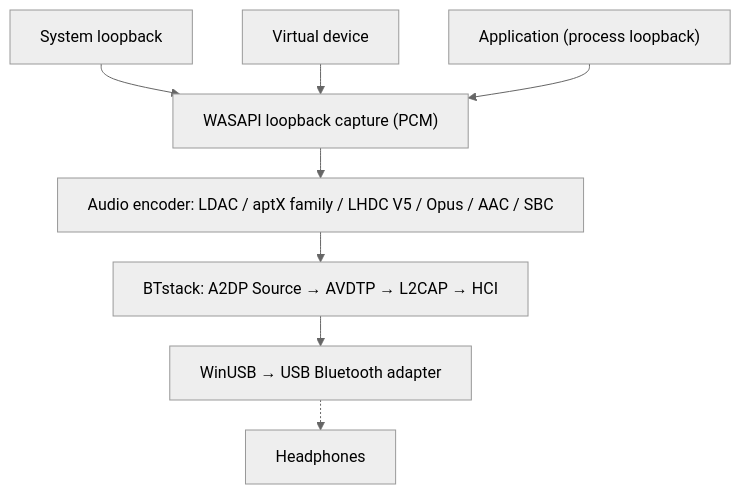
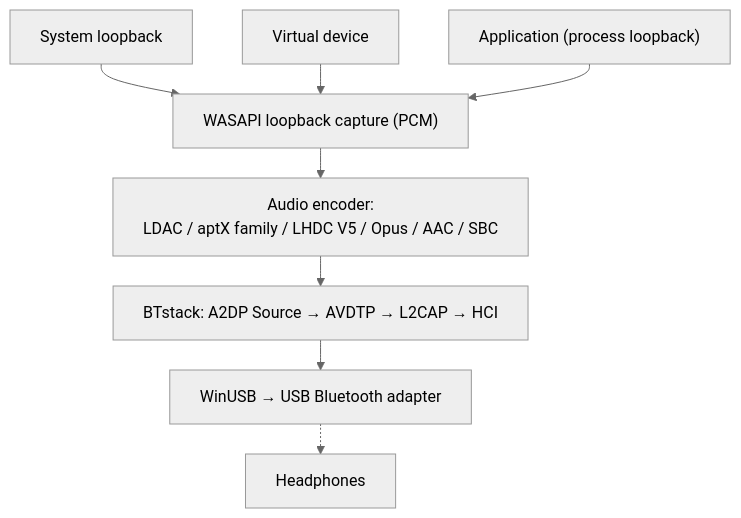
Before and after one commit to SeiyaFunaokaJP/BlueCaster: the diagram in docs/index.md, drawn with Mermaid (neutral theme). The commit also changed 15 other files, not shown here.

First line of the commit message:
Docs: shorter lines in the sequence diagrams, encoder label on Home

````diff
--- a/docs/index.md
+++ b/docs/index.md
@@ -122,17 +122,17 @@
 ```mermaid
 ---
 config:
   flowchart:
     wrappingWidth: 480
     rankSpacing: 30
 ---
 flowchart TD
     s1["System loopback"]
     s2["Virtual device"]
     s3["Application (process loopback)"]
     s1 & s2 & s3 --> cap["WASAPI loopback capture (PCM)"]
-    cap --> enc["Audio encoder: LDAC / aptX family / LHDC V5 / Opus / AAC / SBC"]
+    cap --> enc["Audio encoder:<br>LDAC / aptX family / LHDC V5 / Opus / AAC / SBC"]
     enc --> bt["BTstack: A2DP Source → AVDTP → L2CAP → HCI"]
     bt --> usb["WinUSB → USB Bluetooth adapter"]
     usb -.-> hp["Headphones"]
 ```
````
